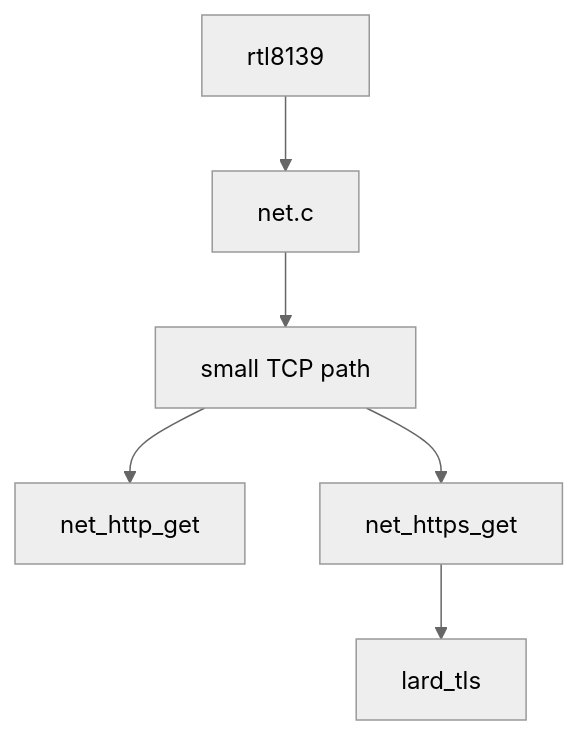
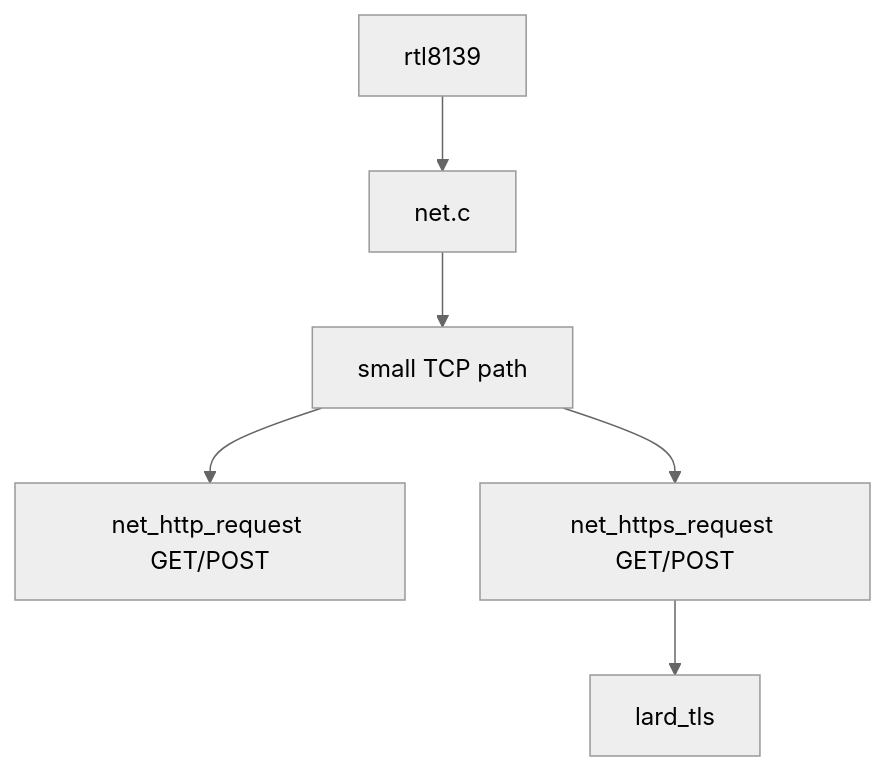
The fourth of 4 diagrams in os/ARCHITECTURE.md (jgchoimd-web/lardos), drawn with Mermaid (neutral theme) before and after one commit. The commit also changed other lines of this file and 10 other files, not shown here.

Commit message:
Add HTTP POST request option

````diff
--- a/os/ARCHITECTURE.md
+++ b/os/ARCHITECTURE.md
@@ -102,13 +102,13 @@
 ```mermaid
 flowchart TB
     RTL["rtl8139"]
     Net["net.c"]
     TCP["small TCP path"]
-    HTTP["net_http_get"]
-    HTTPS["net_https_get"]
+    HTTP["net_http_request GET/POST"]
+    HTTPS["net_https_request GET/POST"]
     TLS["lard_tls"]
 
     RTL --> Net --> TCP
     TCP --> HTTP
     TCP --> HTTPS --> TLS
 ```
````
